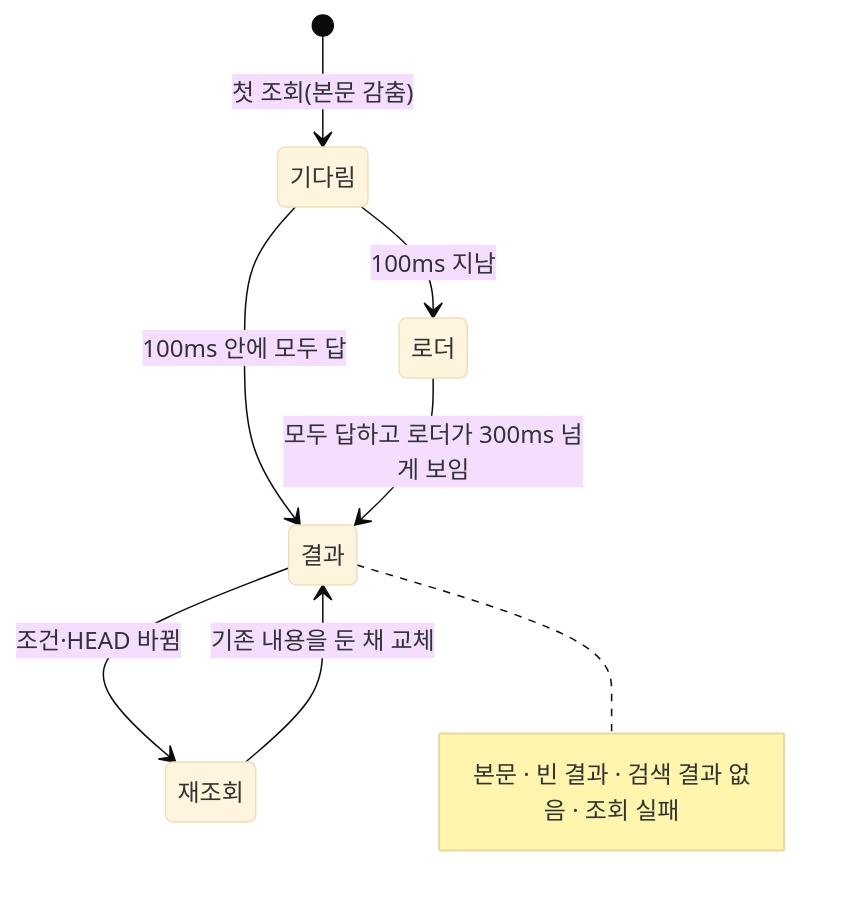
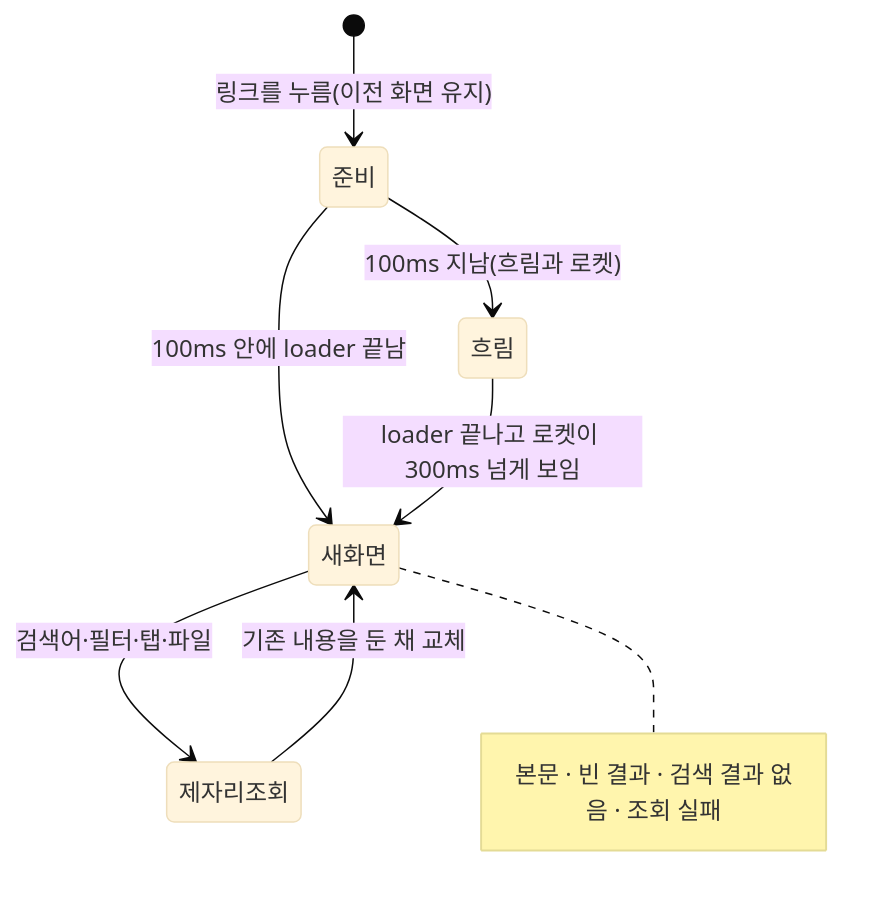
The first of 2 diagrams in .gitifact/spec/browser/design/errors.md (dev-goraebap/gitifact), drawn with Mermaid (base theme) before and after one commit. The commit also changed other lines of this file and 60 other files, not shown here.

````diff
--- a/.gitifact/spec/browser/design/errors.md
+++ b/.gitifact/spec/browser/design/errors.md
@@ -16,12 +22,12 @@
 ```mermaid
 stateDiagram-v2
-  [*] --> 기다림: 첫 조회(본문 감춤)
-  기다림 --> 결과: 100ms 안에 모두 답
-  기다림 --> 로더: 100ms 지남
-  로더 --> 결과: 모두 답하고 로더가 300ms 넘게 보임
-  결과 --> 재조회: 조건·HEAD 바뀜
-  재조회 --> 결과: 기존 내용을 둔 채 교체
-  note right of 결과
+  [*] --> 준비: 링크를 누름(이전 화면 유지)
+  준비 --> 새화면: 100ms 안에 loader 끝남
+  준비 --> 흐림: 100ms 지남(흐림과 로켓)
+  흐림 --> 새화면: loader 끝나고 로켓이 300ms 넘게 보임
+  새화면 --> 제자리조회: 검색어·필터·탭·파일
+  제자리조회 --> 새화면: 기존 내용을 둔 채 교체
+  note right of 새화면
     본문 · 빈 결과 · 검색 결과 없음 · 조회 실패
   end note
 ```
````
